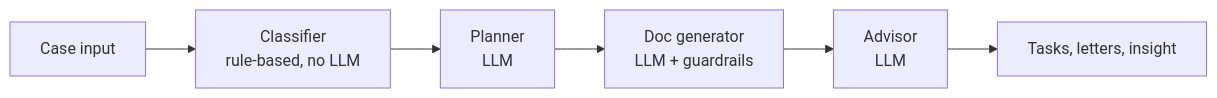
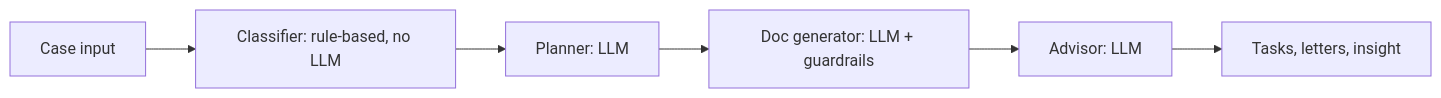
The second of 2 diagrams in README.md (shrey9741/GriefWallet), drawn with Mermaid before and after one commit. The commit also changed other lines of this file, not shown here.

Commit message:
README: fix Mermaid diagrams

````diff
--- a/README.md
+++ b/README.md
@@ -55,8 +61,8 @@
 ```mermaid
 flowchart LR
-    I[Case input] --> CL[Classifier<br/>rule-based, no LLM]
-    CL --> PL[Planner<br/>LLM]
-    PL --> DG[Doc generator<br/>LLM + guardrails]
-    DG --> AD[Advisor<br/>LLM]
-    AD --> O[Tasks, letters, insight]
+    I["Case input"] --> CL["Classifier: rule-based, no LLM"]
+    CL --> PL["Planner: LLM"]
+    PL --> DG["Doc generator: LLM + guardrails"]
+    DG --> AD["Advisor: LLM"]
+    AD --> O["Tasks, letters, insight"]
 ```
````
